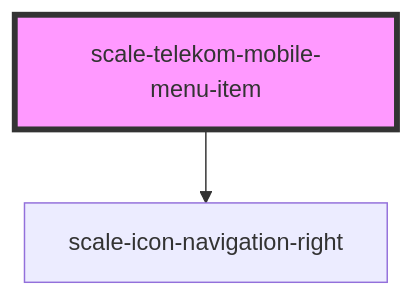
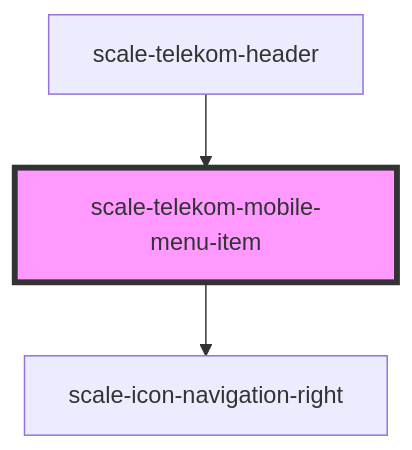
Before and after one commit to telekom/scale: the diagram in packages/components/src/components/telekom/telekom-mobile-menu-item/readme.md, drawn with Mermaid. The commit also changed other lines of this file and 15 other files, not shown here.

Commit message:
feat(telekom-header): data api

````diff
--- a/packages/components/src/components/telekom/telekom-mobile-menu-item/readme.md
+++ b/packages/components/src/components/telekom/telekom-mobile-menu-item/readme.md
@@ -41,5 +45,6 @@
 ```mermaid
 graph TD;
   scale-telekom-mobile-menu-item --> scale-icon-navigation-right
+  scale-telekom-header --> scale-telekom-mobile-menu-item
   style scale-telekom-mobile-menu-item fill:#f9f,stroke:#333,stroke-width:4px
 ```
````
